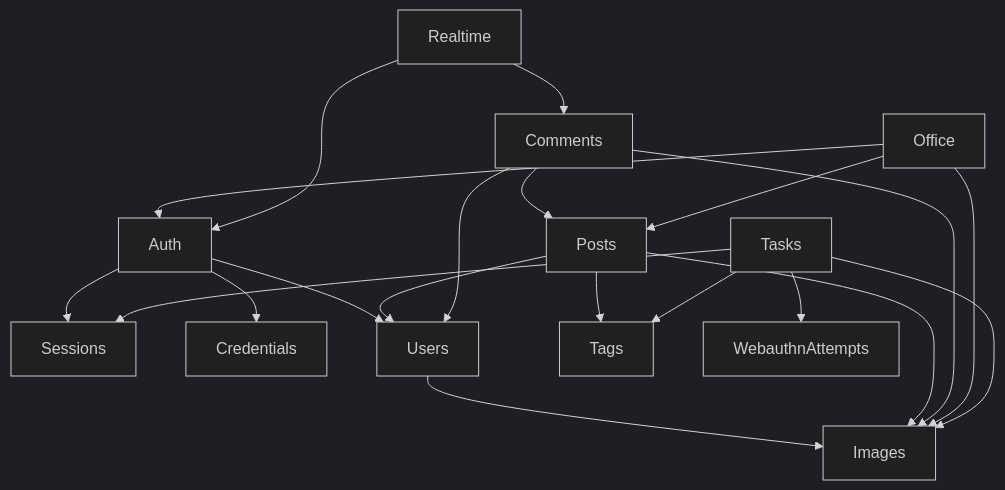
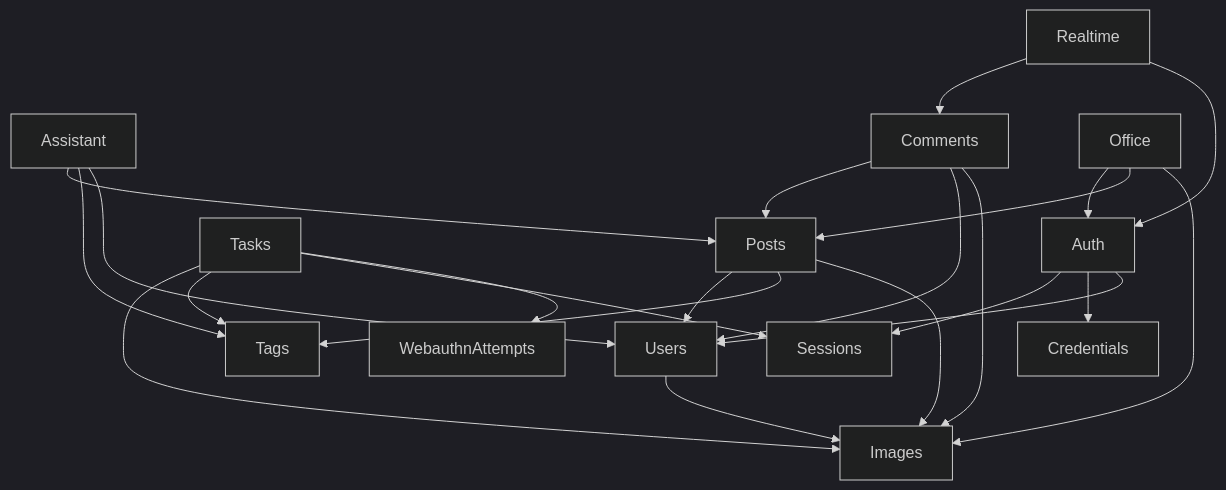
Before and after one commit to MOFO556/nuxt-blog: the third of 3 diagrams in docs/architecture/relations-map.md, drawn with Mermaid (dark theme). The commit also changed other lines of this file and 133 other files, not shown here.

````diff
--- a/docs/architecture/relations-map.md
+++ b/docs/architecture/relations-map.md
@@ -126,22 +140,25 @@
 ```mermaid
 flowchart TB
   Auth --> Sessions
   Auth --> Credentials
   Auth --> Users
   Users --> Images
   Posts --> Users
   Posts --> Tags
   Posts --> Images
+  Assistant --> Posts
+  Assistant --> Tags
+  Assistant --> Users
   Comments --> Posts
   Comments --> Users
   Comments --> Images
   Office --> Auth
   Office --> Posts
   Office --> Images
   Realtime --> Comments
   Realtime --> Auth
   Tasks --> Images
   Tasks --> Tags
   Tasks --> Sessions
   Tasks --> WebauthnAttempts
 ```
````
